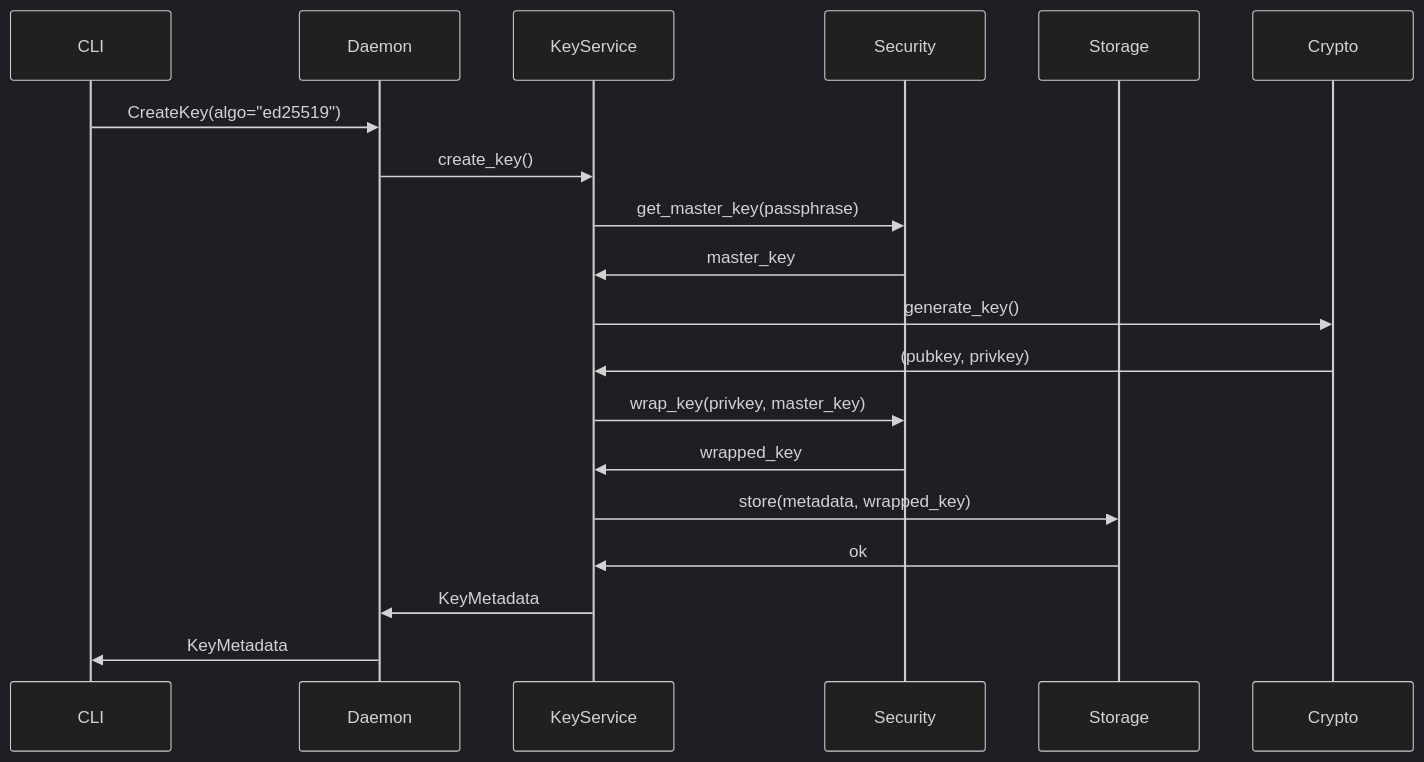
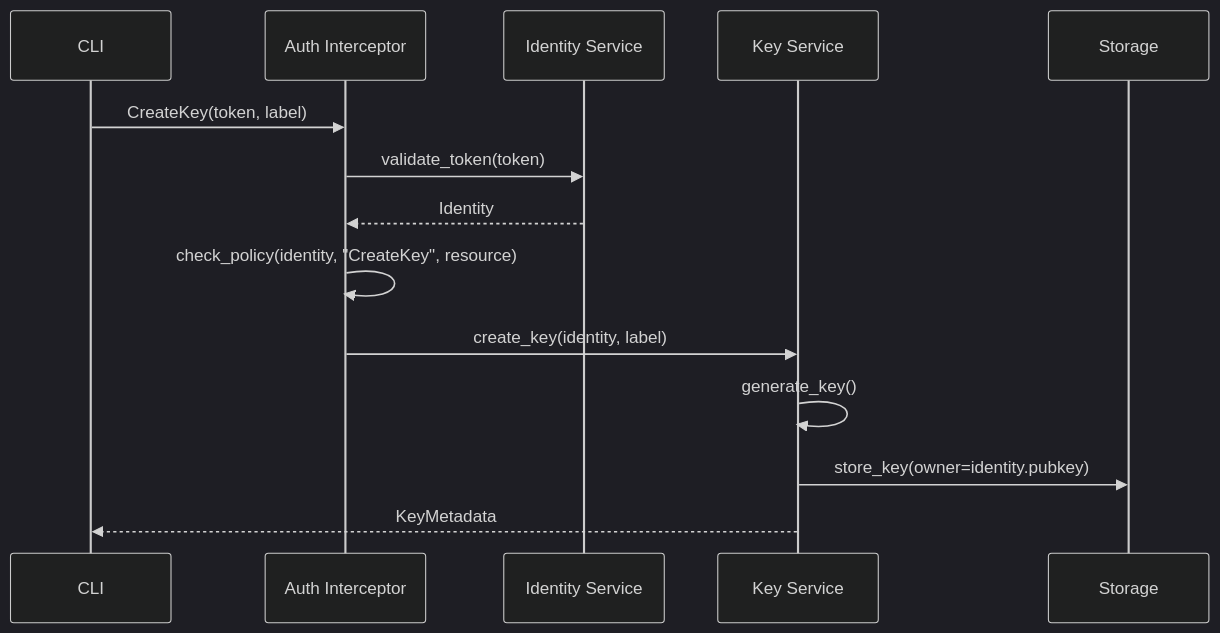
Before and after one commit to ehanoc/softKMS: the third of 4 diagrams in docs/ARCHITECTURE.md, drawn with Mermaid (dark theme). The commit also changed other lines of this file and 23 other files, not shown here.

Commit message:
docs: Auth, Identity, Role and Access Policies. Humans, Agents, Services. chore: fix tests

````diff
--- a/docs/ARCHITECTURE.md
+++ b/docs/ARCHITECTURE.md
@@ -252,21 +333,17 @@
 ```mermaid
 sequenceDiagram
     participant CLI
-    participant Daemon
-    participant KeyService
-    participant Security
-    participant Storage
+    participant Auth as Auth Interceptor
+    participant ID as Identity Service
+    participant KS as Key Service
+    participant Store as Storage
     
-    CLI->>Daemon: CreateKey(algo="ed25519")
-    Daemon->>KeyService: create_key()
-    KeyService->>Security: get_master_key(passphrase)
-    Security->>KeyService: master_key
-    KeyService->>Crypto: generate_key()
-    Crypto->>KeyService: (pubkey, privkey)
-    KeyService->>Security: wrap_key(privkey, master_key)
-    Security->>KeyService: wrapped_key
-    KeyService->>Storage: store(metadata, wrapped_key)
-    Storage->>KeyService: ok
-    KeyService->>Daemon: KeyMetadata
-    Daemon->>CLI: KeyMetadata
+    CLI->>Auth: CreateKey(token, label)
+    Auth->>ID: validate_token(token)
+    ID-->>Auth: Identity
+    Auth->>Auth: check_policy(identity, "CreateKey", resource)
+    Auth->>KS: create_key(identity, label)
+    KS->>KS: generate_key()
+    KS->>Store: store_key(owner=identity.pubkey)
+    KS-->>CLI: KeyMetadata
 ```
````
